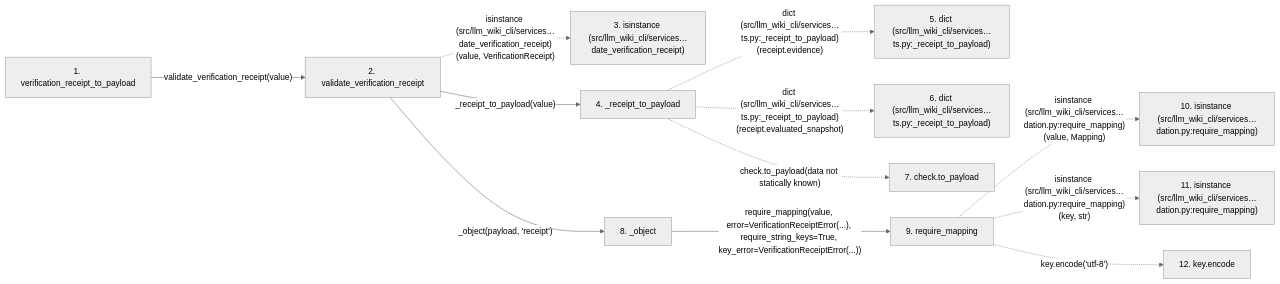
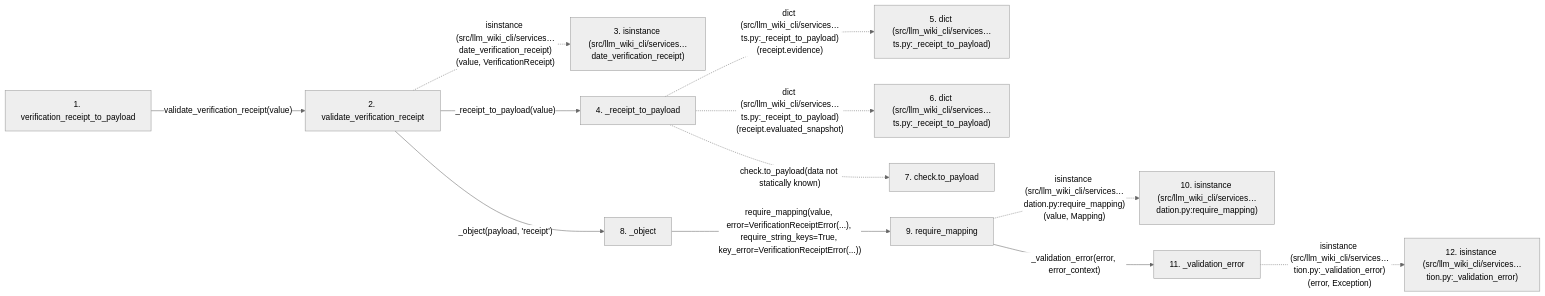
The second of 2 diagrams in docs/llm_wiki/flows/api-verification_receipt_to_payload.md (Denissvgn/python-wiki-llm), drawn with Mermaid (neutral theme) before and after one commit. The commit also changed other lines of this file and 627 other files, not shown here.

````diff
--- a/docs/llm_wiki/flows/api-verification_receipt_to_payload.md
+++ b/docs/llm_wiki/flows/api-verification_receipt_to_payload.md
@@ -129,31 +129,32 @@
 ```mermaid
 flowchart LR
     s1["1. verification_receipt_to_payload"]
     s2["2. validate_verification_receipt"]
     s3["3. isinstance (src/llm_wiki_cli/services…date_verification_receipt)"]
     s4["4. _receipt_to_payload"]
     s5["5. dict (src/llm_wiki_cli/services…ts.py:_receipt_to_payload)"]
     s6["6. dict (src/llm_wiki_cli/services…ts.py:_receipt_to_payload)"]
     s7["7. check.to_payload"]
     s8["8. _object"]
     s9["9. require_mapping"]
     s10["10. isinstance (src/llm_wiki_cli/services…dation.py:require_mapping)"]
-    s11["11. isinstance (src/llm_wiki_cli/services…dation.py:require_mapping)"]
-    s12["12. key.encode"]
+    s11["11. _validation_error"]
+    s12["12. isinstance (src/llm_wiki_cli/services…tion.py:_validation_error)"]
     s1 -->|"validate_verification_receipt(value)"| s2
     s2 -. "isinstance (src/llm_wiki_cli/services…date_verification_receipt)(value, VerificationReceipt)" .-> s3
     s2 -->|"_receipt_to_payload(value)"| s4
     s4 -. "dict (src/llm_wiki_cli/services…ts.py:_receipt_to_payload)(receipt.evidence)" .-> s5
     s4 -. "dict (src/llm_wiki_cli/services…ts.py:_receipt_to_payload)(receipt.evaluated_snapshot)" .-> s6
     s4 -. "check.to_payload(data not statically known)" .-> s7
     s2 -->|"_object(payload, 'receipt')"| s8
     s8 -->|"require_mapping(value, error=VerificationReceiptError(...), require_string_keys=True, key_error=VerificationReceiptError(...))"| s9
     s9 -. "isinstance (src/llm_wiki_cli/services…dation.py:require_mapping)(value, Mapping)" .-> s10
-    s9 -. "isinstance (src/llm_wiki_cli/services…dation.py:require_mapping)(key, str)" .-> s11
-    s9 -. "key.encode('utf-8')" .-> s12
+    s9 -->|"_validation_error(error, error_context)"| s11
+    s11 -. "isinstance (src/llm_wiki_cli/services…tion.py:_validation_error)(error, Exception)" .-> s12
     click s1 "../modules/verification_contracts.md"
     click s2 "../modules/verification_contracts.md"
     click s4 "../modules/verification_contracts.md"
     click s8 "../modules/verification_contracts.md"
     click s9 "../modules/validation.md"
+    click s11 "../modules/validation.md"
 ```
````
